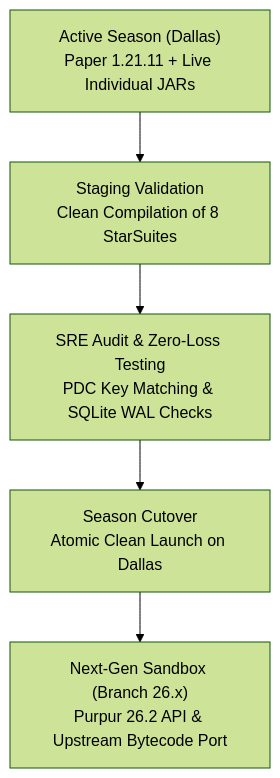
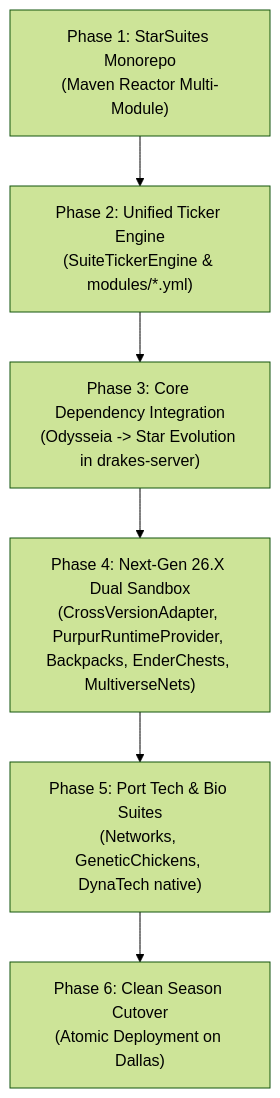
Before and after one commit to DrakesCraft-Labs/Drakes-Suites: the diagram in README.md, drawn with Mermaid (forest theme). The commit also changed other lines of this file and 3 other files, not shown here.

````diff
--- a/README.md
+++ b/README.md
@@ -270,7 +290,8 @@
 ```mermaid
 graph TD
-    A["Active Season (Dallas)<br/>Paper 1.21.11 + Live Individual JARs"] --> B["Staging Validation<br/>Clean Compilation of 8 StarSuites"]
-    B --> C["SRE Audit & Zero-Loss Testing<br/>PDC Key Matching & SQLite WAL Checks"]
-    C --> D["Season Cutover<br/>Atomic Clean Launch on Dallas"]
-    D --> E["Next-Gen Sandbox (Branch 26.x)<br/>Purpur 26.2 API & Upstream Bytecode Port"]
+    A["Phase 1: StarSuites Monorepo<br/>(Maven Reactor Multi-Module)"] --> B["Phase 2: Unified Ticker Engine<br/>(SuiteTickerEngine & modules/*.yml)"]
+    B --> C["Phase 3: Core Dependency Integration<br/>(Odysseia -> Star Evolution in drakes-server)"]
+    C --> D["Phase 4: Next-Gen 26.X Dual Sandbox<br/>(CrossVersionAdapter, PurpurRuntimeProvider, Backpacks, EnderChests, MultiverseNets)"]
+    D --> E["Phase 5: Port Tech & Bio Suites<br/>(Networks, GeneticChickens, DynaTech native)"]
+    E --> F["Phase 6: Clean Season Cutover<br/>(Atomic Deployment on Dallas)"]
 ```
````
